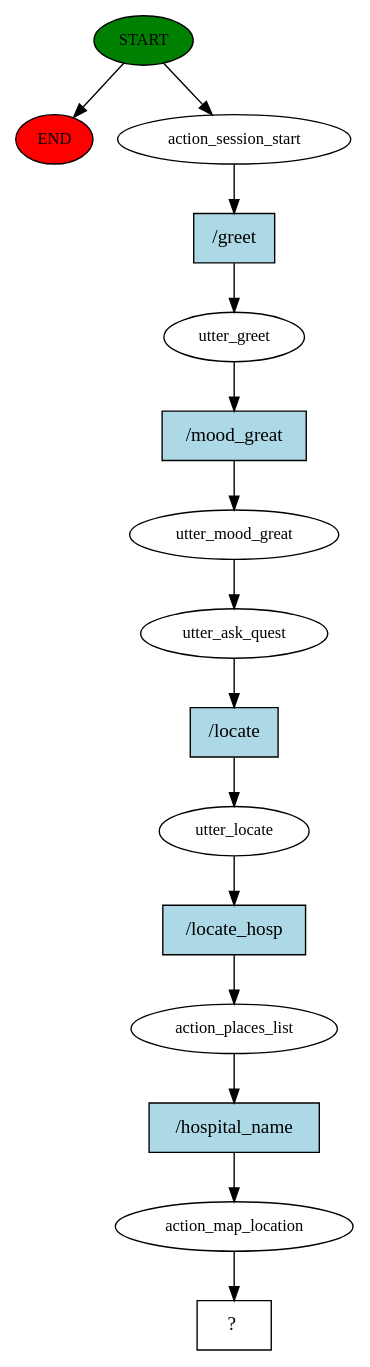
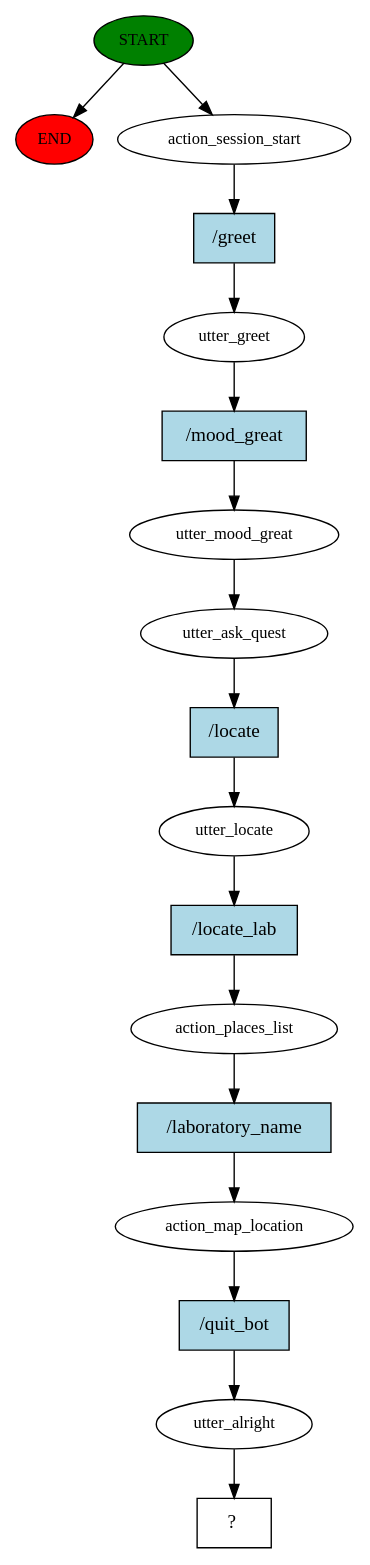
One commit to mebaidoo/Medical-Chatbot-Capstone changed the diagram in story_graph.dot. Above: the diagram before and after it, drawn with Graphviz. The commit also changed 315 other files, not shown here.

```diff
--- a/story_graph.dot
+++ b/story_graph.dot
@@ -1,31 +1,35 @@
 digraph  {
 0 [class="start active", fillcolor=green, fontsize=12, label=START, style=filled];
 "-1" [class=end, fillcolor=red, fontsize=12, label=END, style=filled];
 1 [class=active, fontsize=12, label=action_session_start];
 2 [class=active, fontsize=12, label=utter_greet];
 3 [class=active, fontsize=12, label=utter_mood_great];
 4 [class=active, fontsize=12, label=utter_ask_quest];
 5 [class=active, fontsize=12, label=utter_locate];
 6 [class=active, fontsize=12, label=action_places_list];
 7 [class=active, fontsize=12, label=action_map_location];
-8 [class="intent dashed active", label="  ?  ", shape=rect];
-9 [class="intent active", fillcolor=lightblue, label="/greet", shape=rect, style=filled];
-10 [class="intent active", fillcolor=lightblue, label="/mood_great", shape=rect, style=filled];
-11 [class="intent active", fillcolor=lightblue, label="/locate", shape=rect, style=filled];
-12 [class="intent active", fillcolor=lightblue, label="/locate_hosp", shape=rect, style=filled];
-13 [class="intent active", fillcolor=lightblue, label="/hospital_name", shape=rect, style=filled];
+8 [class=active, fontsize=12, label=utter_alright];
+9 [class="intent dashed active", label="  ?  ", shape=rect];
+10 [class="intent active", fillcolor=lightblue, label="/greet", shape=rect, style=filled];
+11 [class="intent active", fillcolor=lightblue, label="/mood_great", shape=rect, style=filled];
+12 [class="intent active", fillcolor=lightblue, label="/locate", shape=rect, style=filled];
+13 [class="intent active", fillcolor=lightblue, label="/locate_lab", shape=rect, style=filled];
+14 [class="intent active", fillcolor=lightblue, label="/laboratory_name", shape=rect, style=filled];
+15 [class="intent active", fillcolor=lightblue, label="/quit_bot", shape=rect, style=filled];
 0 -> "-1"  [class="", key=NONE, label=""];
 0 -> 1  [class=active, key=NONE, label=""];
-1 -> 9  [class=active, key=0];
-2 -> 10  [class=active, key=0];
+1 -> 10  [class=active, key=0];
+2 -> 11  [class=active, key=0];
 3 -> 4  [class=active, key=NONE, label=""];
-4 -> 11  [class=active, key=0];
-5 -> 12  [class=active, key=0];
-6 -> 13  [class=active, key=0];
-7 -> 8  [class=active, key=NONE, label=""];
-9 -> 2  [class=active, key=0];
-10 -> 3  [class=active, key=0];
-11 -> 5  [class=active, key=0];
-12 -> 6  [class=active, key=0];
-13 -> 7  [class=active, key=0];
+4 -> 12  [class=active, key=0];
+5 -> 13  [class=active, key=0];
+6 -> 14  [class=active, key=0];
+7 -> 15  [class=active, key=0];
+8 -> 9  [class=active, key=NONE, label=""];
+10 -> 2  [class=active, key=0];
+11 -> 3  [class=active, key=0];
+12 -> 5  [class=active, key=0];
+13 -> 6  [class=active, key=0];
+14 -> 7  [class=active, key=0];
+15 -> 8  [class=active, key=0];
 }
```
